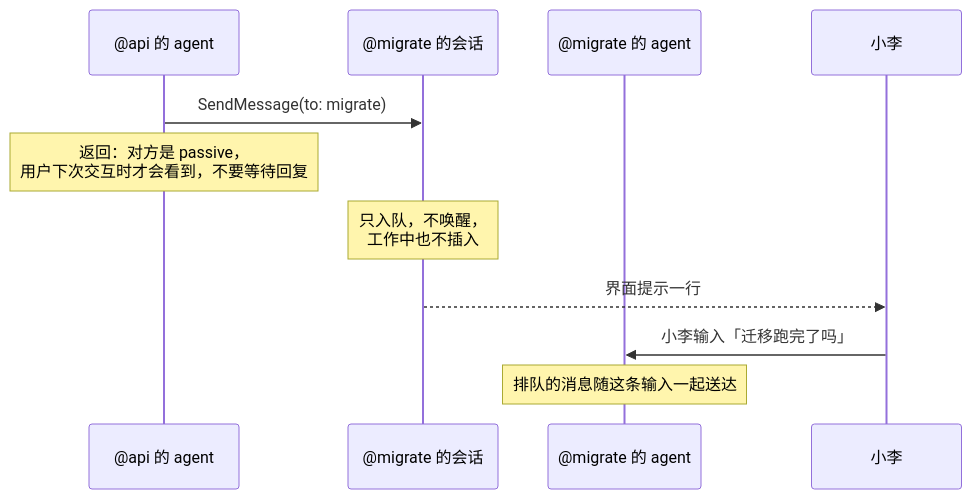
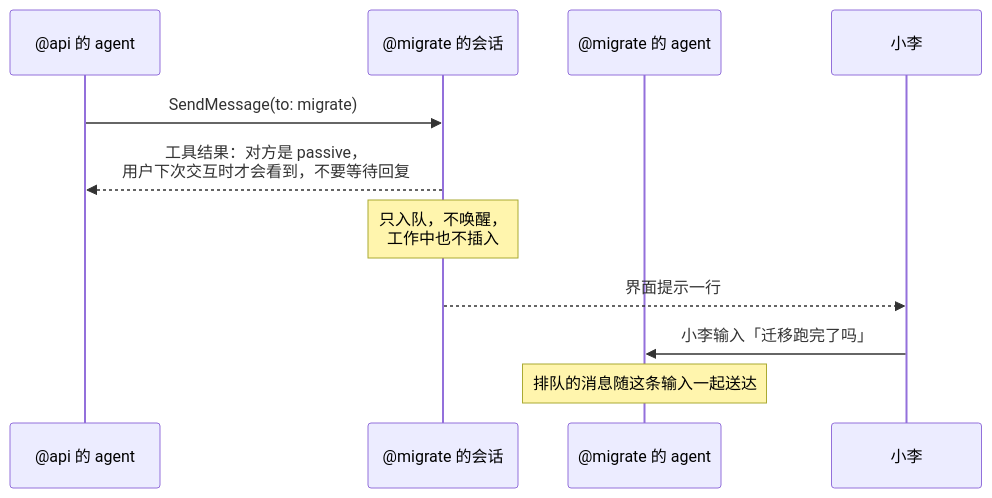
Before and after one commit to genai-io/san: the second of 5 diagrams in docs/design/proposals/0003-session-groups.zh.md, drawn with Mermaid. The commit also changed other lines of this file and 1 other file, not shown here.

````diff
--- a/docs/design/proposals/0003-session-groups.zh.md
+++ b/docs/design/proposals/0003-session-groups.zh.md
@@ -140,13 +141,13 @@
 ```mermaid
 sequenceDiagram
     participant A as @api 的 agent
     participant M as @migrate 的会话
     participant MA as @migrate 的 agent
     participant L as 小李
     A->>M: SendMessage(to: migrate)
-    Note over A: 返回：对方是 passive，<br/>用户下次交互时才会看到，不要等待回复
+    M-->>A: 工具结果：对方是 passive，<br/>用户下次交互时才会看到，不要等待回复
     Note over M: 只入队，不唤醒，<br/>工作中也不插入
     M-->>L: 界面提示一行
     L->>MA: 小李输入「迁移跑完了吗」
     Note over MA: 排队的消息随这条输入一起送达
 ```
````
